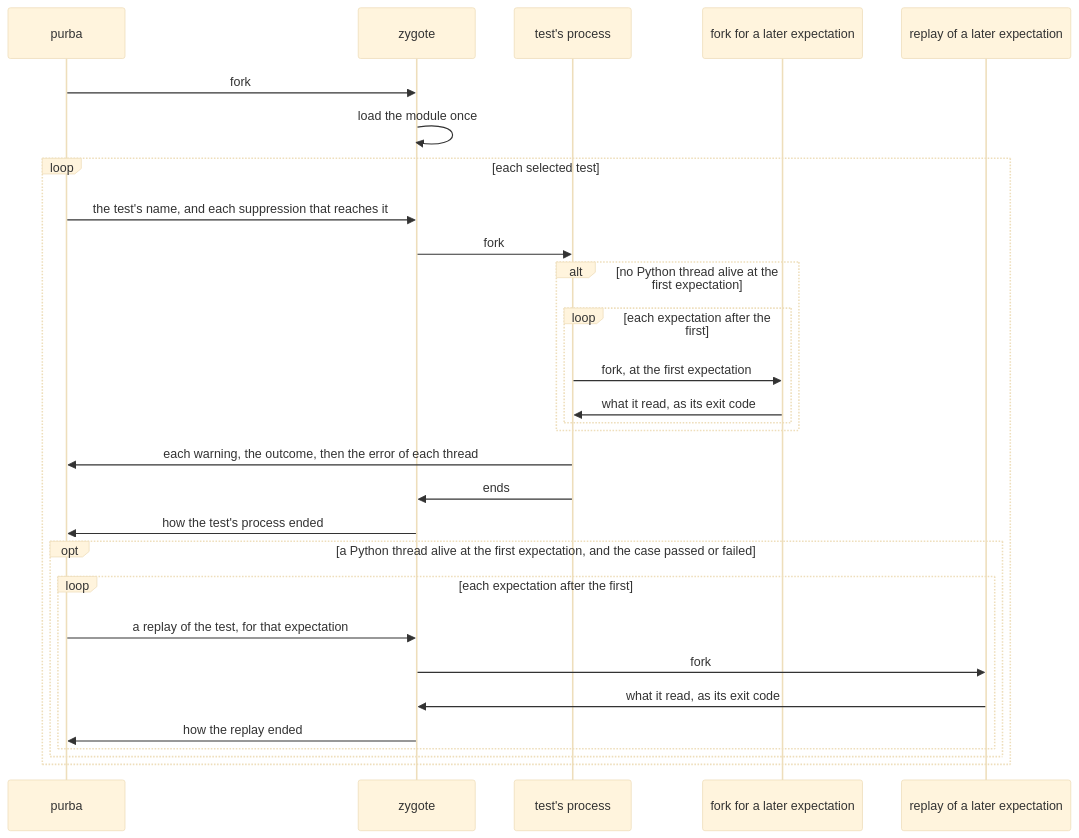
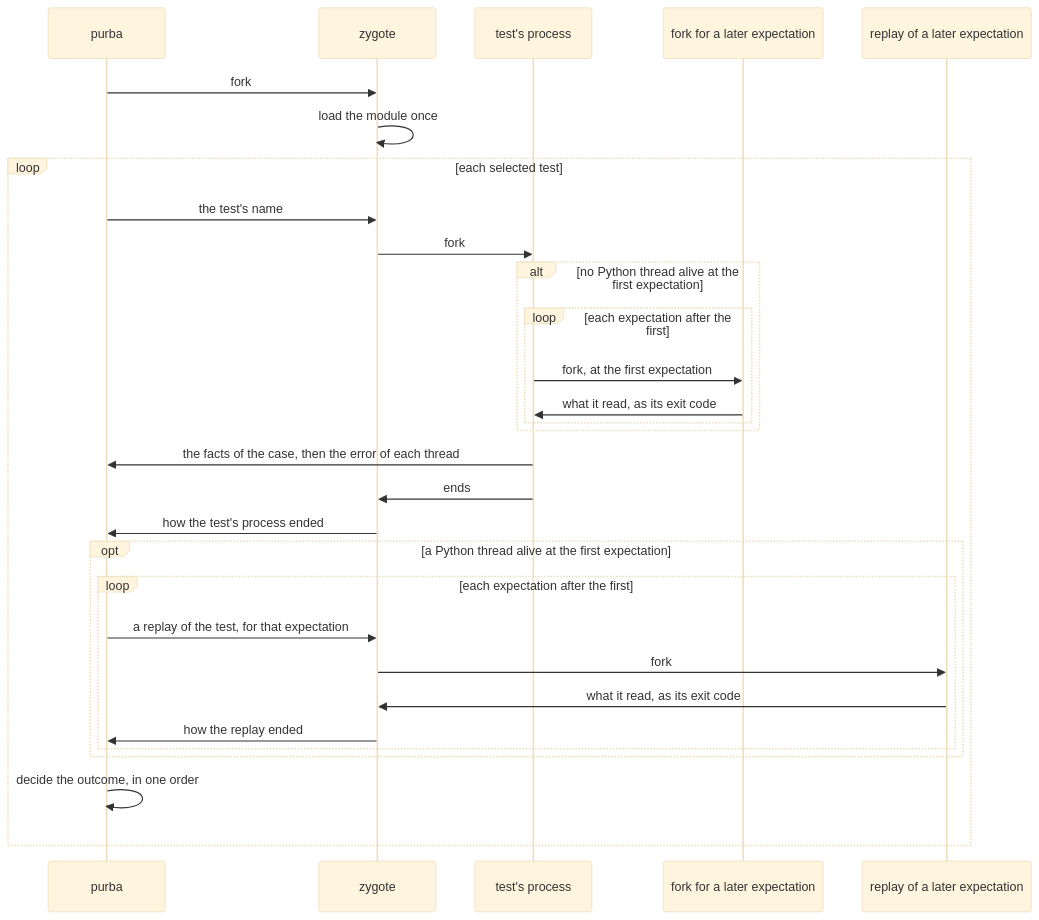
One commit to kalonji-tools/purba changed the diagram in docs/decisions/each-test-runs-in-a-process-of-its-own.md. Above: the diagram before and after it, drawn with Mermaid (base theme). The commit also changed other lines of this file and 1 other file, not shown here.

Commit message:
docs(decisions): let purba decide each case after its replays (#1118)
The table of kinds put a replay that reached an assert at order 5. It now gives the line of an assert inside a reading, at order 2, as a fork's reading does.

````diff
--- a/docs/decisions/each-test-runs-in-a-process-of-its-own.md
+++ b/docs/decisions/each-test-runs-in-a-process-of-its-own.md
@@ -44,31 +45,32 @@
 ```mermaid
 sequenceDiagram
   participant purba
   participant zygote
   participant test as test's process
   participant alone as fork for a later expectation
   participant replay as replay of a later expectation
   purba->>zygote: fork
   zygote->>zygote: load the module once
   loop each selected test
-    purba->>zygote: the test's name, and each suppression that reaches it
+    purba->>zygote: the test's name
     zygote->>test: fork
     alt no Python thread alive at the first expectation
       loop each expectation after the first
         test->>alone: fork, at the first expectation
         alone->>test: what it read, as its exit code
       end
     end
-    test->>purba: each warning, the outcome, then the error of each thread
+    test->>purba: the facts of the case, then the error of each thread
     test->>zygote: ends
     zygote->>purba: how the test's process ended
-    opt a Python thread alive at the first expectation, and the case passed or failed
+    opt a Python thread alive at the first expectation
       loop each expectation after the first
         purba->>zygote: a replay of the test, for that expectation
         zygote->>replay: fork
         replay->>zygote: what it read, as its exit code
         zygote->>purba: how the replay ended
       end
     end
+    purba->>purba: decide the outcome, in one order
   end
 ```
````
